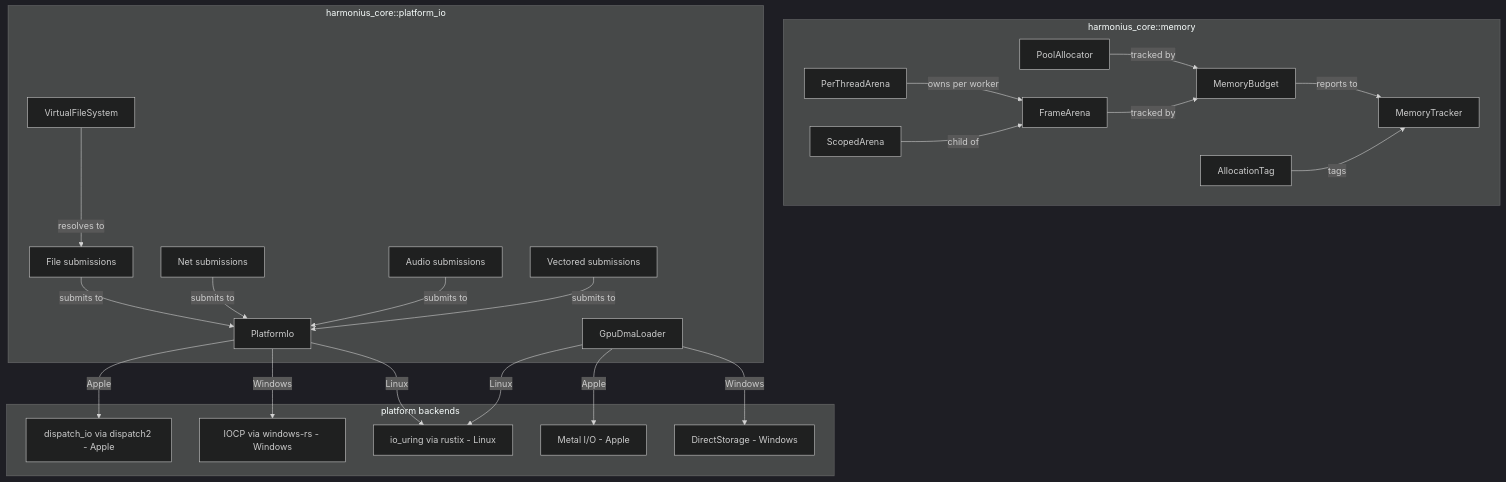
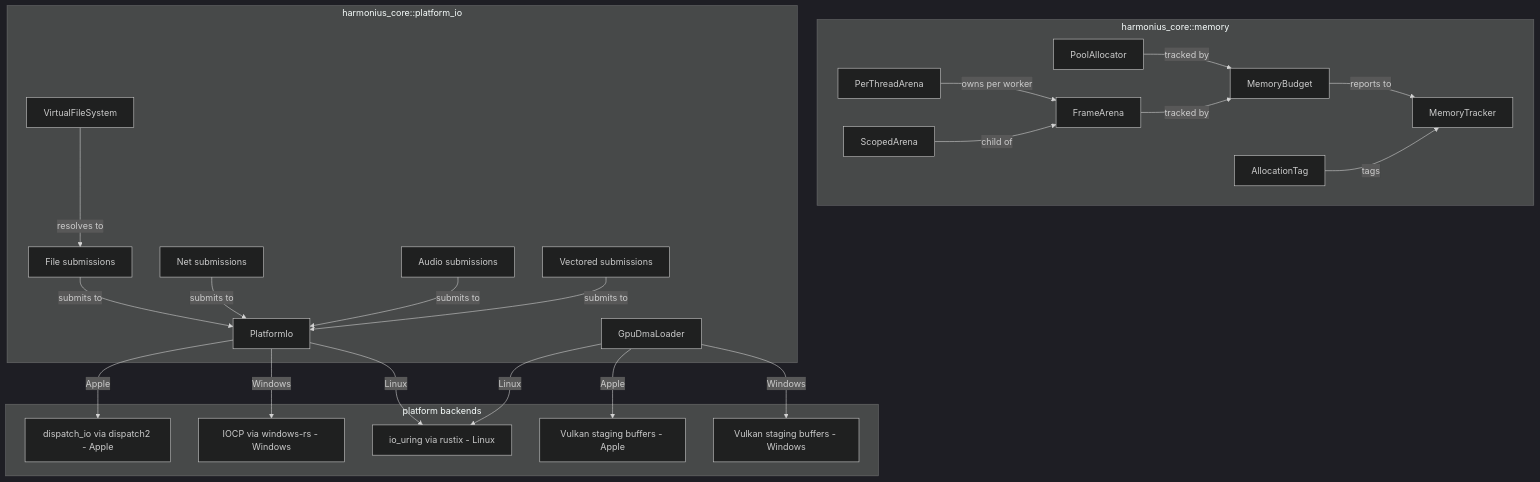
Before and after one commit to harmonius-dev/harmonius: the first of 7 diagrams in docs/design/core-runtime/memory-async-io.md, drawn with Mermaid (dark theme). The commit also changed other lines of this file and 128 other files, not shown here.

````diff
--- a/docs/design/core-runtime/memory-async-io.md
+++ b/docs/design/core-runtime/memory-async-io.md
@@ -117,49 +118,49 @@
 ```mermaid
 graph TD
     subgraph "harmonius_core::memory"
         PTA[PerThreadArena]
         FA[FrameArena]
         SA[ScopedArena]
         PA[PoolAllocator]
         MB[MemoryBudget]
         MT[MemoryTracker]
         AT[AllocationTag]
     end
 
     subgraph "harmonius_core::platform_io"
         PI[PlatformIo]
         VFS[VirtualFileSystem]
         FIO[File submissions]
         NIO[Net submissions]
         AIO[Audio submissions]
         VIO[Vectored submissions]
         DMA[GpuDmaLoader]
     end
 
     subgraph "platform backends"
         IU[io_uring via rustix - Linux]
         IOCP[IOCP via windows-rs - Windows]
         GCD[dispatch_io via dispatch2 - Apple]
-        DS[DirectStorage - Windows]
-        MIO[Metal I/O - Apple]
+        DS[Vulkan staging buffers - Windows]
+        MIO[Vulkan staging buffers - Apple]
     end
 
     PTA -->|owns per worker| FA
     SA -->|child of| FA
     PA -->|tracked by| MB
     FA -->|tracked by| MB
     MB -->|reports to| MT
     AT -->|tags| MT
 
     PI -->|Linux| IU
     PI -->|Windows| IOCP
     PI -->|Apple| GCD
     DMA -->|Windows| DS
     DMA -->|Apple| MIO
     DMA -->|Linux| IU
     FIO -->|submits to| PI
     NIO -->|submits to| PI
     AIO -->|submits to| PI
     VIO -->|submits to| PI
     VFS -->|resolves to| FIO
 ```
````
